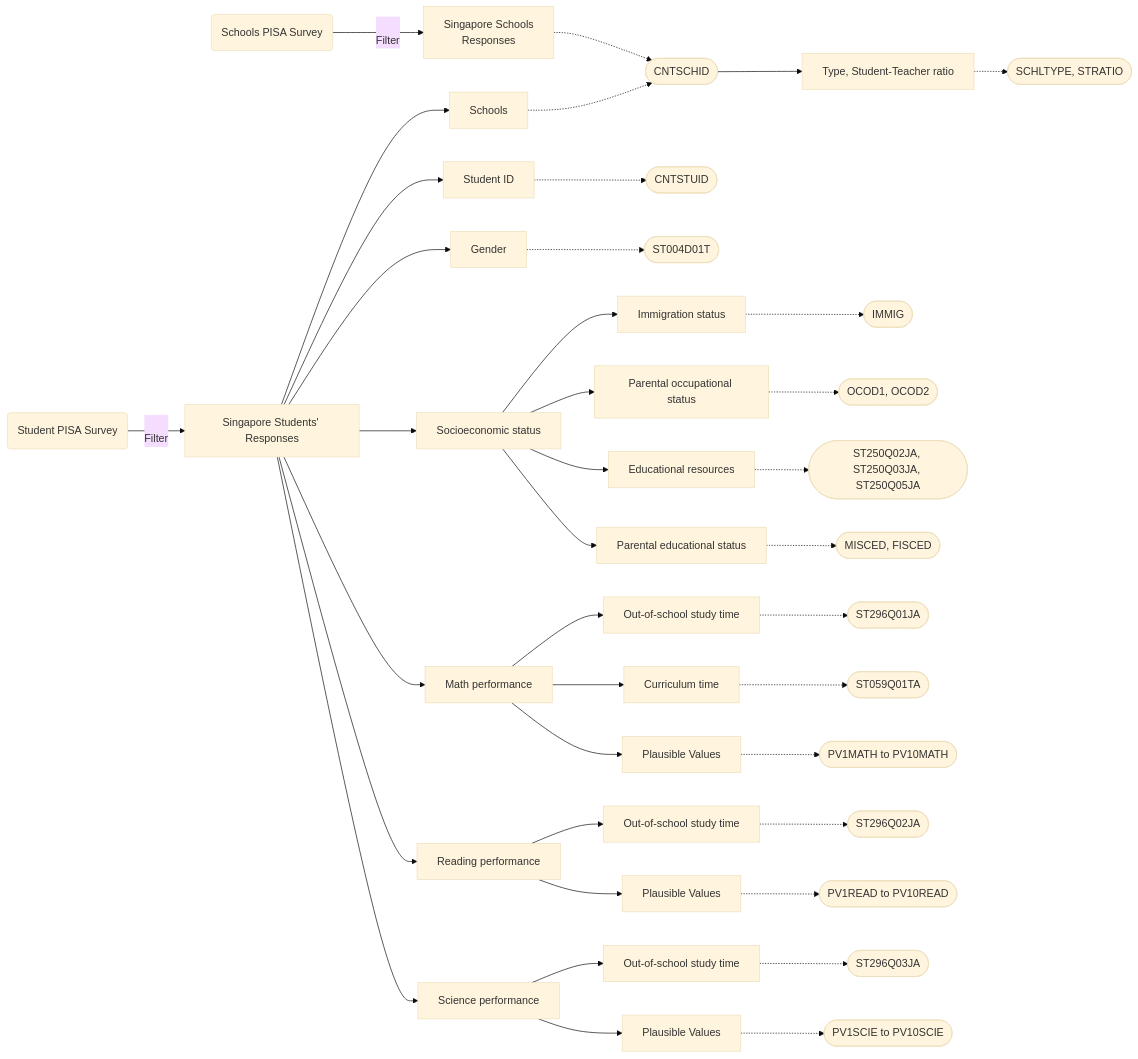
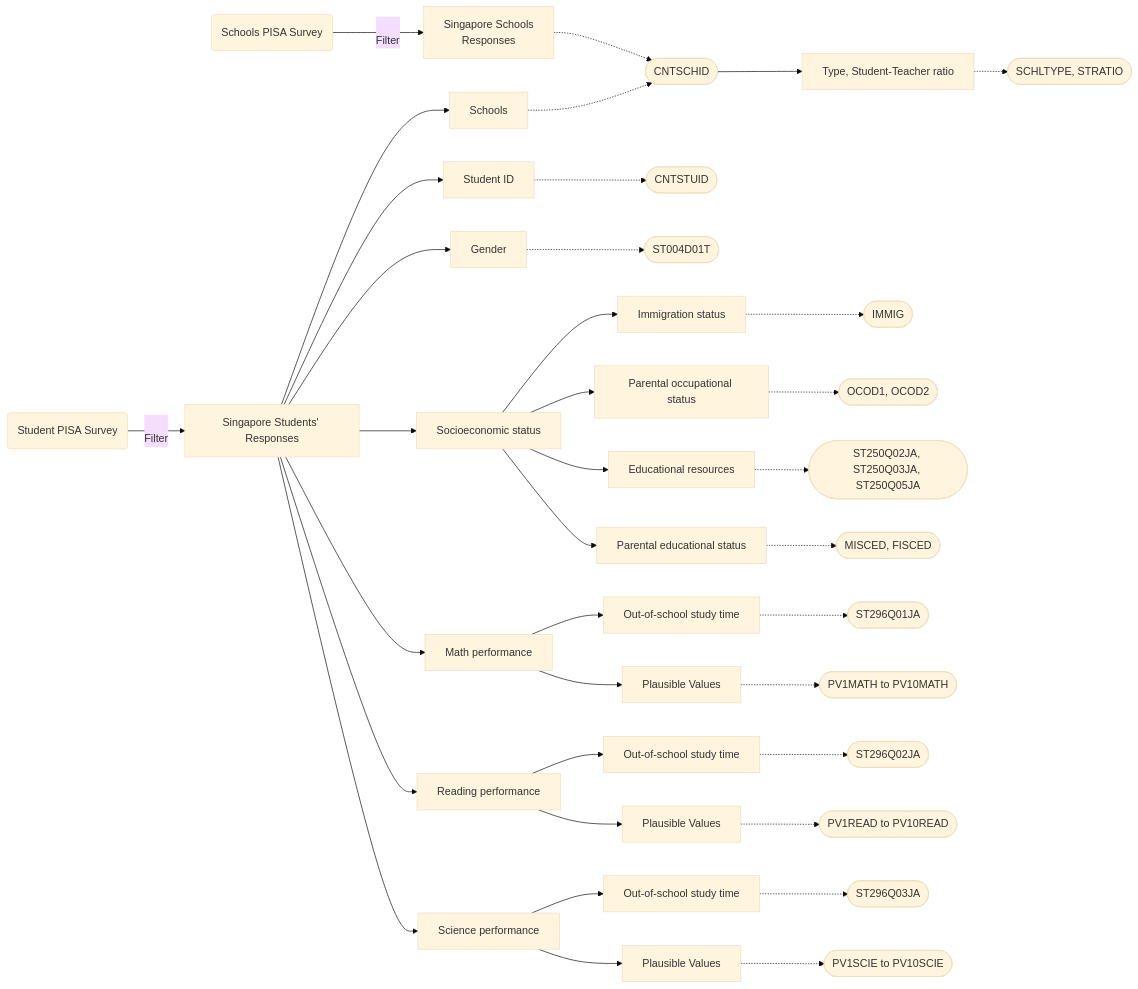
One commit to kytjy/ISSS608-VAA changed the diagram in Take-home_Ex/Take-home_Ex01/Take-home_Ex01.qmd. Above: the diagram before and after it, drawn with Mermaid (base theme). The commit also changed other lines of this file and 18 other files, not shown here.

````diff
--- a/Take-home_Ex/Take-home_Ex01/Take-home_Ex01.qmd
+++ b/Take-home_Ex/Take-home_Ex01/Take-home_Ex01.qmd
@@ -164,51 +164,49 @@
 ```{mermaid}
 %%| fig-width: 8
 %%| echo: false
 flowchart LR
     A(Student PISA Survey) -->|\nFilter| B[Singapore Students' Responses]
 
     B--> F[Schools]
     F-.-> F1([CNTSCHID])
     
     B--> B1[Student ID]
     B1-.-> B1.1([CNTSTUID])  
 
     B--> G[Gender]
     G-.-> M([ST004D01T]) 
 
     B--> H[Socioeconomic status]
     H--> H1[Immigration status] 
     H1-.-> H1A([IMMIG])        
     H--> H2[Parental occupational status] 
     H2-.-> H2A([OCOD1, OCOD2])
     H--> H3[Educational resources]
     H3-.-> H3A([ST250Q02JA, ST250Q03JA, ST250Q05JA])
 
     H--> H6[Parental educational status]
     H6-.-> H6A([MISCED, FISCED])         
 
     B--> C[Math performance]
     C--> C1[Out-of-school study time]
     C1-.-> C1A([ST296Q01JA])
-    C--> C2[Curriculum time]   
-    C2-.-> C2A([ST059Q01TA])
     C--> C3[Plausible Values]   
     C3-.-> C3A([PV1MATH to PV10MATH])        
 
     B--> D[Reading performance]
     D--> D1[Out-of-school study time]
     D1-.-> D1A([ST296Q02JA]) 
     D--> D2[Plausible Values]
     D2-.-> D2A([PV1READ to PV10READ])     
 
     B--> E[Science performance]
     E--> E1[Out-of-school study time]
     E1-.-> E1A([ST296Q03JA])   
     E--> E2[Plausible Values]
     E2-.-> E12([PV1SCIE to PV10SCIE])
 
     1(Schools PISA Survey) -->|\nFilter| 1.1[Singapore Schools \nResponses]
     F1--> F2[Type, Student-Teacher ratio]
     F2-.-> F2a([SCHLTYPE, STRATIO])
     1.1-.->F1
 ```
````
